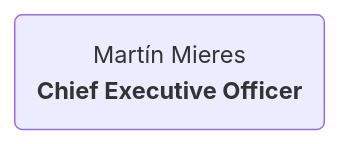
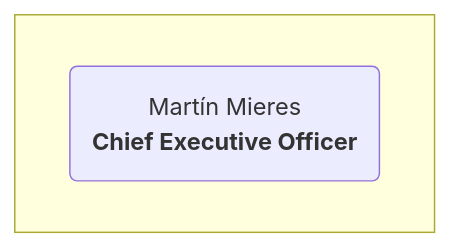
Before and after one commit to MiguelEstebanG/diagram: the diagram in CEO/ceo.md, drawn with Mermaid.

````diff
--- a/CEO/ceo.md
+++ b/CEO/ceo.md
@@ -1,4 +1,6 @@
 ```mermaid
-graph TB
-  ceo(Martín Mieres <br><b> Chief Executive Officer </b></br>);
+graph TB;
+  subgraph C.E.O.[ ]
+    ceo(Martín Mieres <br><b> Chief Executive Officer </b></br>);
+  end
 ```
````
